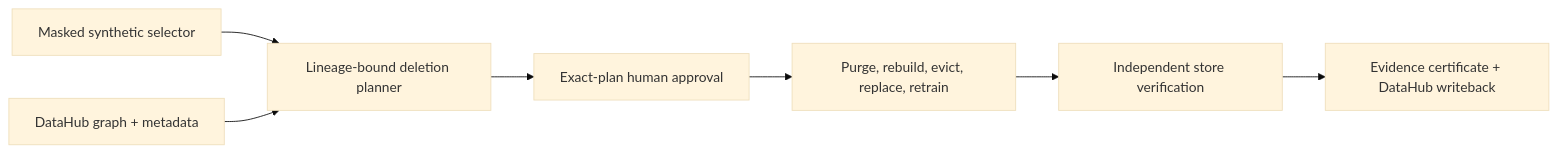
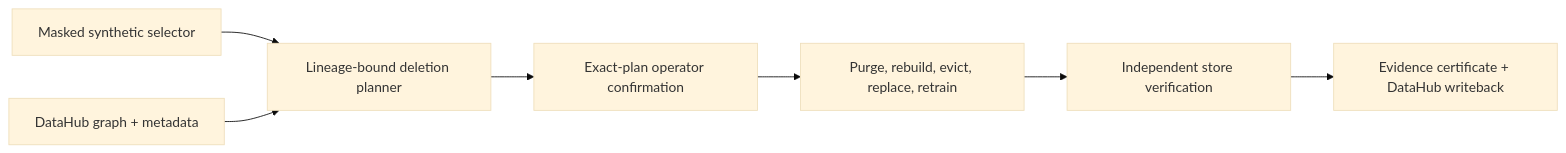
One commit to amathias/forget-me-graph changed the diagram in README.md. Above: the diagram before and after it, drawn with Mermaid (base theme). The commit also changed other lines of this file and 34 other files, not shown here.

````diff
--- a/README.md
+++ b/README.md
@@ -33,9 +38,9 @@
 ```mermaid
 flowchart LR
     S["Masked synthetic selector"] --> P["Lineage-bound deletion planner"]
     D["DataHub graph + metadata"] --> P
-    P --> A["Exact-plan human approval"]
+    P --> A["Exact-plan operator confirmation"]
     A --> E["Purge, rebuild, evict, replace, retrain"]
     E --> V["Independent store verification"]
     V --> C["Evidence certificate + DataHub writeback"]
 ```
````
